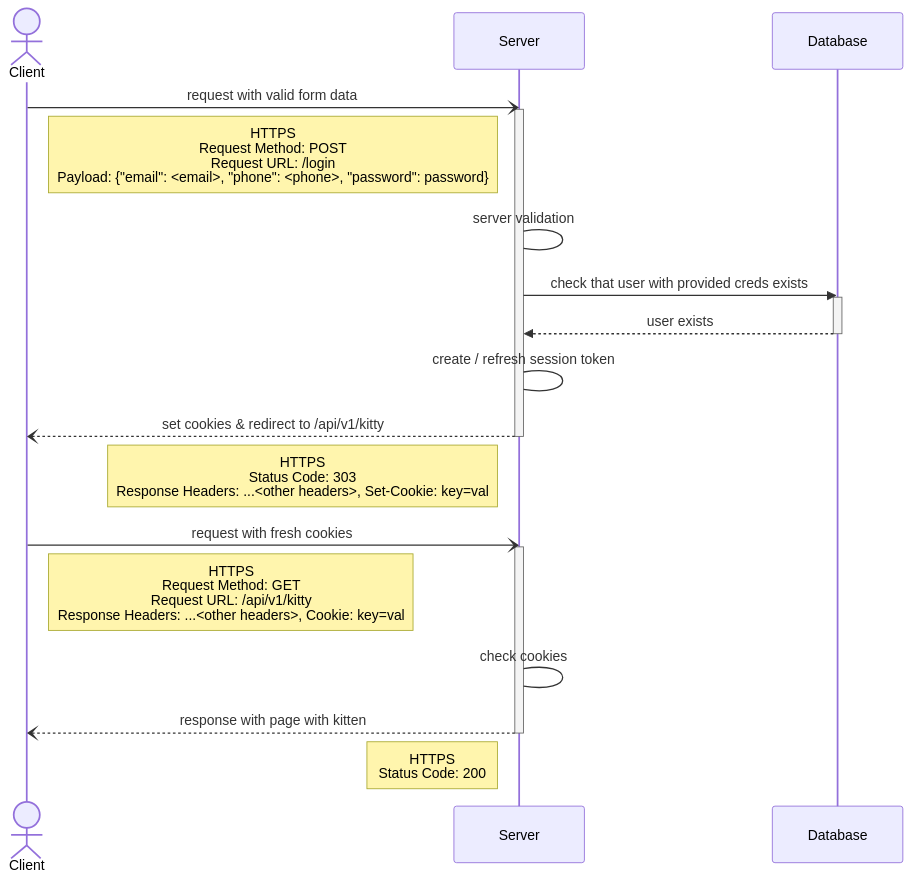
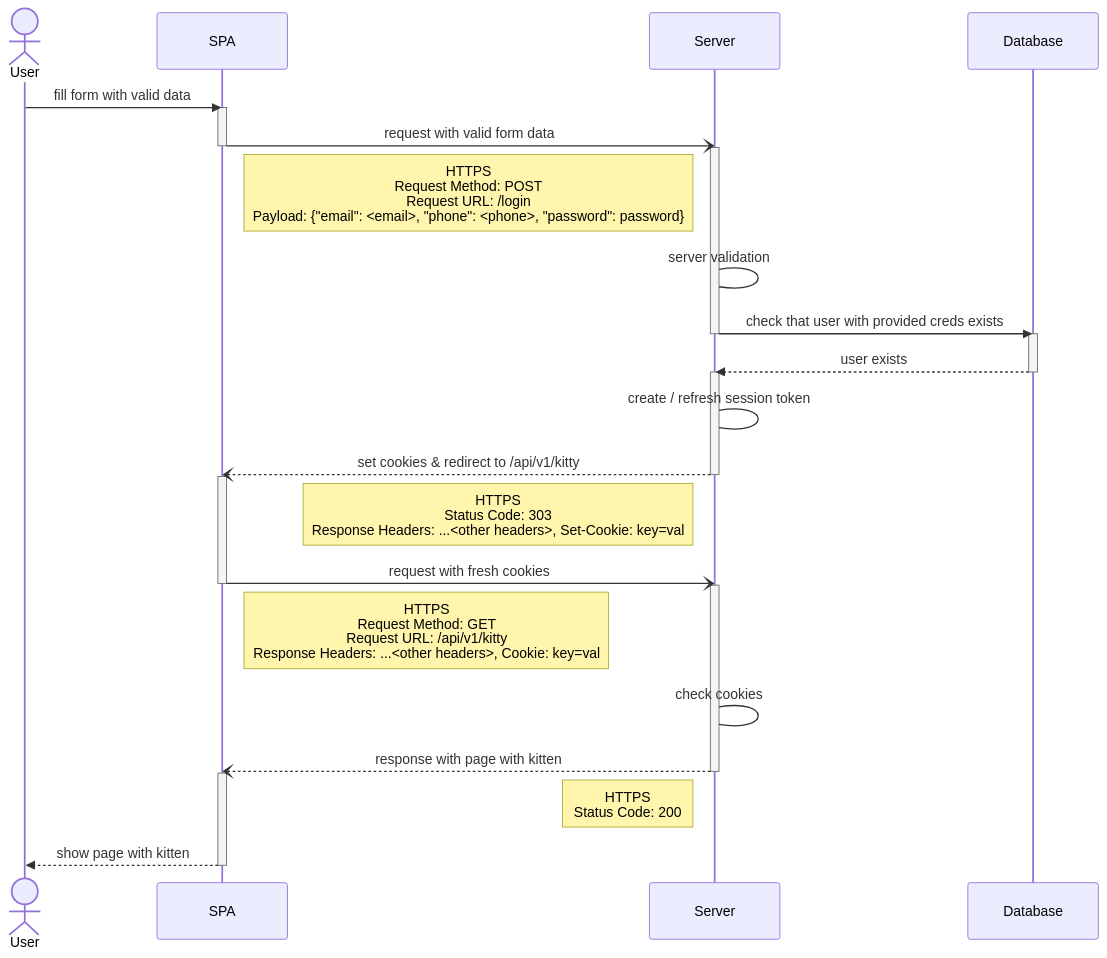
The diagram in sequence diagrams/SuccessAuth.md (reznikovAndrey/Reznikov_rmr_hw_server), drawn with Mermaid before and after one commit. The commit also changed 1 other file, not shown here.

Commit message:
refactor sequence diagrams
Separate client on actor `User` and participant `SPA`

````diff
--- a/sequence diagrams/SuccessAuth.md
+++ b/sequence diagrams/SuccessAuth.md
@@ -1,31 +1,45 @@
 ```mermaid
 sequenceDiagram
-  actor Client
+  actor User
+  participant SPA
   participant Server
   participant Database
 
-  Client-)Server: request with valid form data
+  User->>SPA: fill form with valid data
+
+  activate SPA
+  SPA-)Server: request with valid form data
+  deactivate SPA
+
   activate Server
-  Note right of Client: HTTPS <br> Request Method: POST <br> Request URL: /login <br> Payload: {"email": <email>, "phone": <phone>, "password": password}
-  
+  Note right of SPA: HTTPS <br> Request Method: POST <br> Request URL: /login <br> Payload: {"email": <email>, "phone": <phone>, "password": password}
   Server->Server: server validation
+  Server->>Database: check that user with provided creds exists
+  deactivate Server
 
-  Server->>Database: check that user with provided creds exists
   activate Database
   Database-->>Server: user exists
   deactivate Database
 
+  activate Server
   Server->Server: create / refresh session token
-  Server--)Client: set cookies & redirect to /api/v1/kitty
+  Server--)SPA: set cookies & redirect to /api/v1/kitty
   deactivate Server
+
+  activate SPA
   Note left of Server: HTTPS <br> Status Code: 303 <br> Response Headers: ...<other headers>, Set-Cookie: key=val
-  
-  Client-)Server: request with fresh cookies
+  SPA-)Server: request with fresh cookies
+  deactivate SPA
+
   activate Server
-  Note right of Client: HTTPS <br> Request Method: GET <br> Request URL: /api/v1/kitty <br> Response Headers: ...<other headers>, Cookie: key=val
+  Note right of SPA: HTTPS <br> Request Method: GET <br> Request URL: /api/v1/kitty <br> Response Headers: ...<other headers>, Cookie: key=val
+  Server->Server: check cookies
+  Server--)SPA: response with page with kitten
+  deactivate Server
 
-  Server->Server: check cookies
-  Server--)Client: response with page with kitten
-  deactivate Server
+  activate SPA
   Note left of Server: HTTPS <br> Status Code: 200
+  SPA-->>User: show page with kitten
+  deactivate SPA
+
 ```
````
